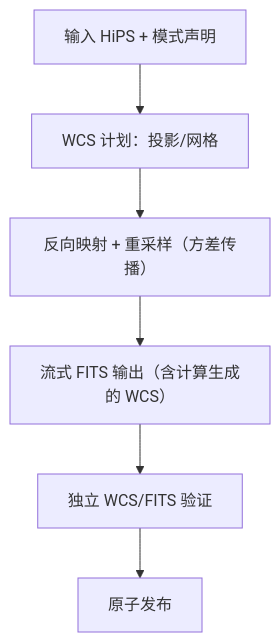
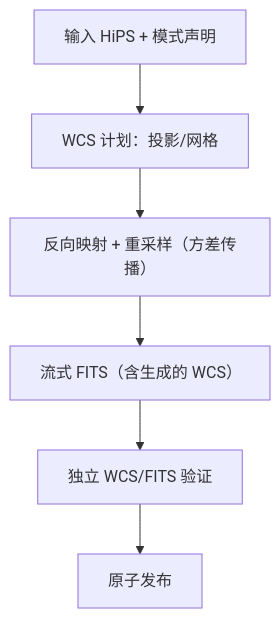
Before and after one commit to fujiaze/Astro-CS-Database: the seventh of 10 diagrams in docs/ASTROCS_DESIGN.md, drawn with Mermaid. The commit also changed other lines of this file and 1 other file, not shown here.

````diff
--- a/docs/ASTROCS_DESIGN.md
+++ b/docs/ASTROCS_DESIGN.md
@@ -486,8 +306,8 @@
 ```mermaid
 flowchart TD
     I["输入 HiPS + 模式声明"] --> W["WCS 计划：投影/网格"]
     W --> R["反向映射 + 重采样（方差传播）"]
-    R --> F["流式 FITS 输出（含计算生成的 WCS）"]
+    R --> F["流式 FITS（含生成的 WCS）"]
     F --> V["独立 WCS/FITS 验证"]
     V --> O["原子发布"]
 ```
````
